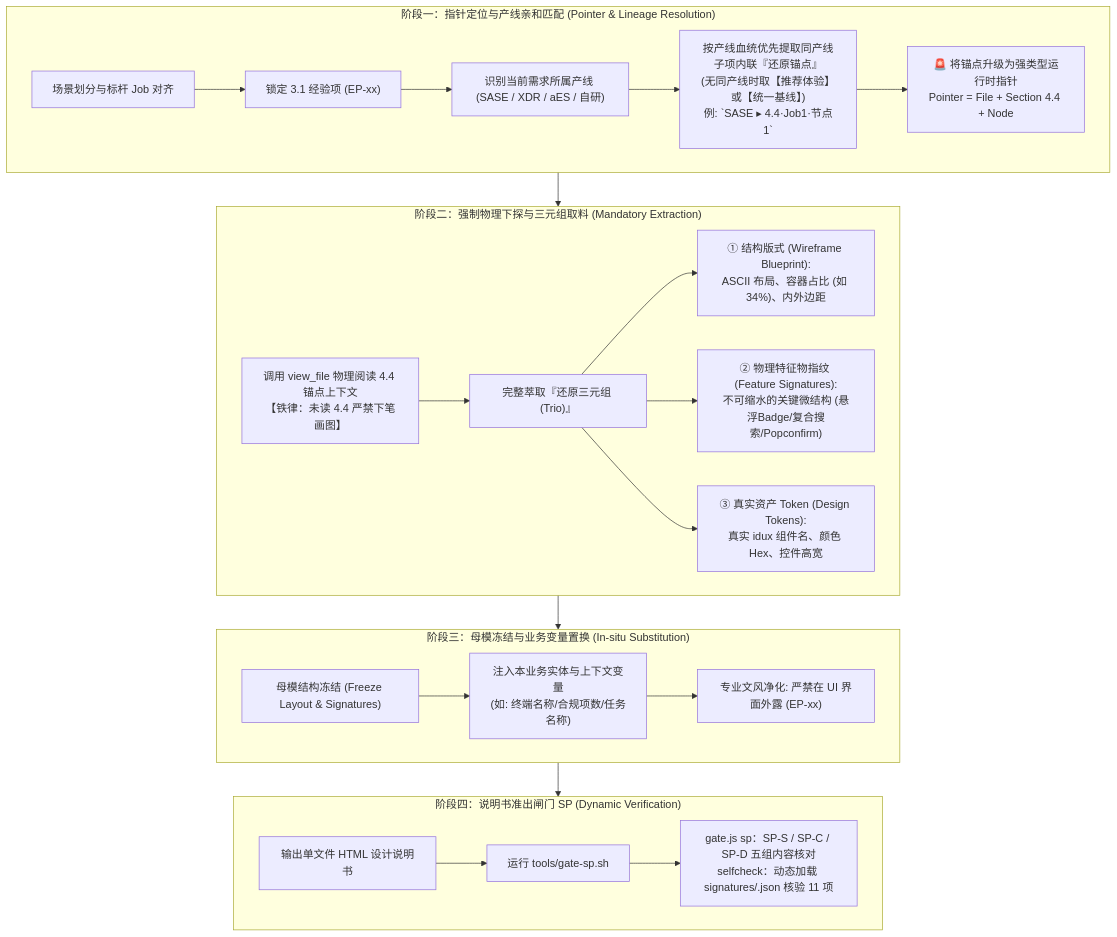
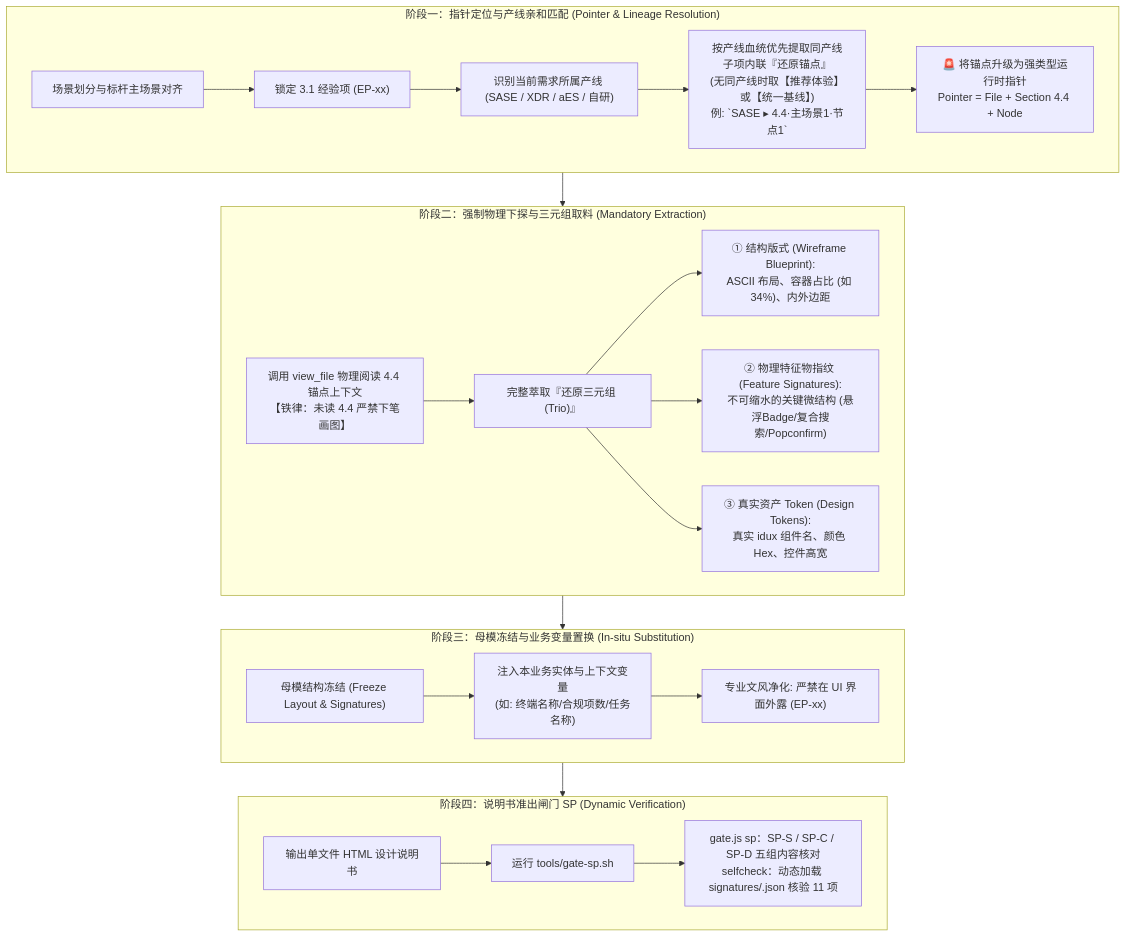
One commit to wangjue2026/skill-designer-prism changed the second of 3 diagrams in 04-workflows-and-cases/execution-sop.md. Above: the diagram before and after it, drawn with Mermaid. The commit also changed other lines of this file and 24 other files, not shown here.

````diff
--- a/04-workflows-and-cases/execution-sop.md
+++ b/04-workflows-and-cases/execution-sop.md
@@ -209,28 +209,28 @@
 ```mermaid
 graph TD
     subgraph Phase1["阶段一：指针定位与产线亲和匹配 (Pointer & Lineage Resolution)"]
-        P1["场景划分与标杆 Job 对齐"] --> P2["锁定 3.1 经验项 (EP-xx)"]
+        P1["场景划分与标杆主场景对齐"] --> P2["锁定 3.1 经验项 (EP-xx)"]
         P2 --> P3["识别当前需求所属产线 (SASE / XDR / aES / 自研)"]
-        P3 --> P4["按产线血统优先提取同产线子项内联『还原锚点』<br>(无同产线时取【推荐体验】或【统一基线】)<br>例: `SASE ▸ 4.4·Job1·节点1`"]
+        P3 --> P4["按产线血统优先提取同产线子项内联『还原锚点』<br>(无同产线时取【推荐体验】或【统一基线】)<br>例: `SASE ▸ 4.4·主场景1·节点1`"]
         P4 --> P5["🚨 将锚点升级为强类型运行时指针<br>Pointer = File + Section 4.4 + Node"]
     end
 
     subgraph Phase2["阶段二：强制物理下探与三元组取料 (Mandatory Extraction)"]
         E1["调用 view_file 物理阅读 4.4 锚点上下文<br>【铁律：未读 4.4 严禁下笔画图】"] --> E2["完整萃取『还原三元组 (Trio)』"]
         E2 --> E3["① 结构版式 (Wireframe Blueprint):<br>ASCII 布局、容器占比 (如 34%)、内外边距"]
         E2 --> E4["② 物理特征物指纹 (Feature Signatures):<br>不可缩水的关键微结构 (悬浮Badge/复合搜索/Popconfirm)"]
         E2 --> E5["③ 真实资产 Token (Design Tokens):<br>真实 idux 组件名、颜色 Hex、控件高宽"]
     end
 
     subgraph Phase3["阶段三：母模冻结与业务变量置换 (In-situ Substitution)"]
         S1["母模结构冻结 (Freeze Layout & Signatures)"] --> S2["注入本业务实体与上下文变量<br>(如: 终端名称/合规项数/任务名称)"]
         S2 --> S3["专业文风净化: 严禁在 UI 界面外露 (EP-xx)"]
     end
 
     subgraph Phase4["阶段四：说明书准出闸门 SP (Dynamic Verification)"]
         V1["输出单文件 HTML 设计说明书"] --> V2["运行 tools/gate-sp.sh"]
         V2 --> V3["gate.js sp：SP-S / SP-C / SP-D 五组内容核对<br>selfcheck：动态加载 signatures/<Type-xx>.json 核验 11 项"]
     end
 
     Phase1 --> Phase2 --> Phase3 --> Phase4
 ```
````
